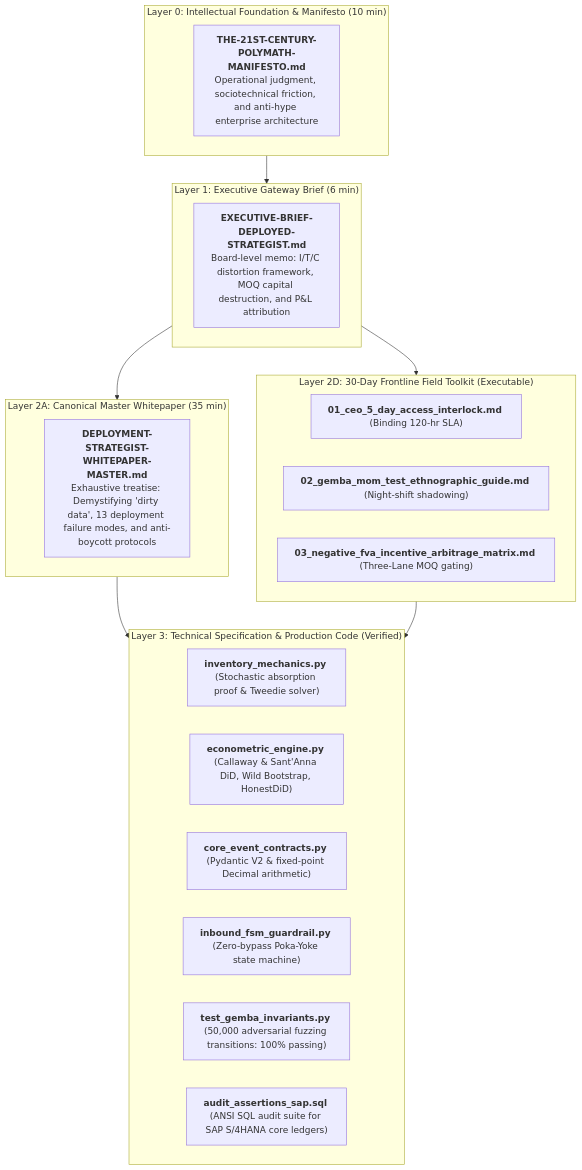
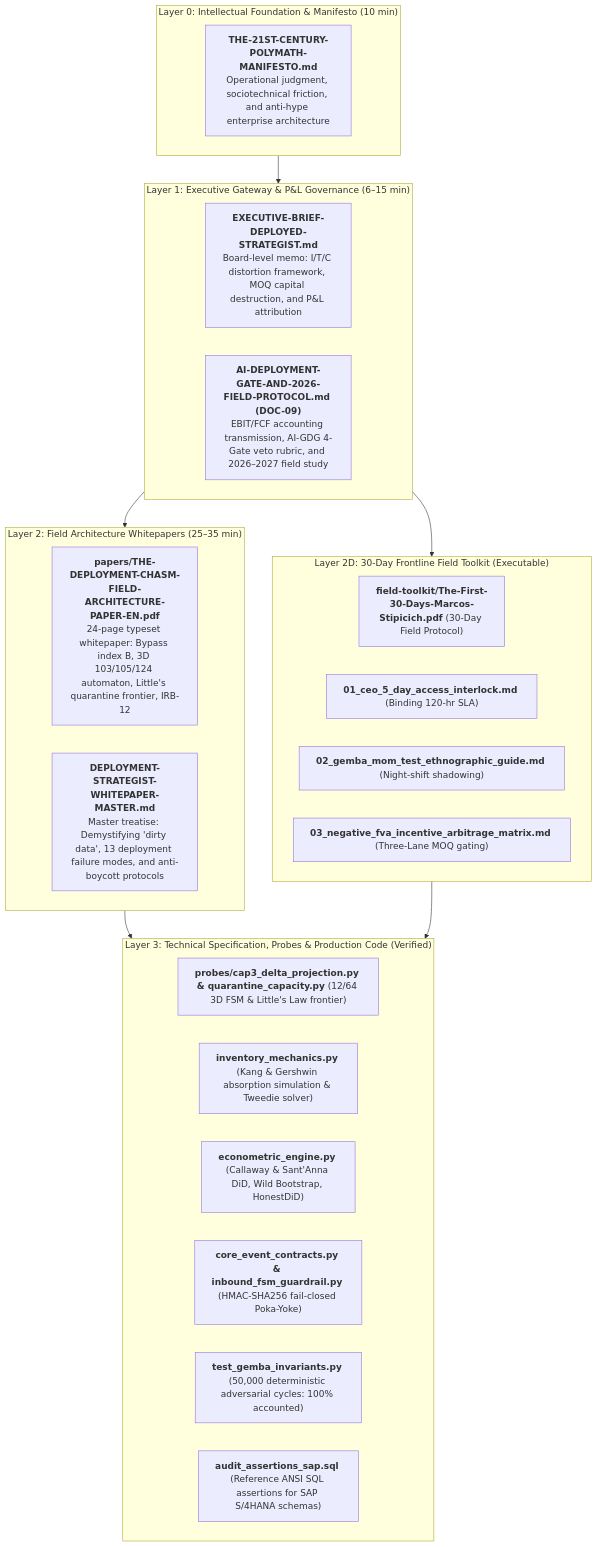
Before and after one commit to esstipi-debug/mellon: the first of 2 diagrams in README.md, drawn with Mermaid. The commit also changed other lines of this file and 19 other files, not shown here.

Commit message:
feat(fds-2.0): harden provenance guardrails, add 3D receipt probes, 24p whitepaper & AI-GDG protocol

````diff
--- a/README.md
+++ b/README.md
@@ -60,35 +60,38 @@
 ```mermaid
 flowchart TD
     subgraph Layer0["Layer 0: Intellectual Foundation & Manifesto (10 min)"]
         L0["<b>THE-21ST-CENTURY-POLYMATH-MANIFESTO.md</b><br/>Operational judgment, sociotechnical friction, and anti-hype enterprise architecture"]
     end
 
-    subgraph Layer1["Layer 1: Executive Gateway Brief (6 min)"]
+    subgraph Layer1["Layer 1: Executive Gateway & P&L Governance (6–15 min)"]
         L1["<b>EXECUTIVE-BRIEF-DEPLOYED-STRATEGIST.md</b><br/>Board-level memo: I/T/C distortion framework, MOQ capital destruction, and P&L attribution"]
+        L1B["<b>AI-DEPLOYMENT-GATE-AND-2026-FIELD-PROTOCOL.md (DOC-09)</b><br/>EBIT/FCF accounting transmission, AI-GDG 4-Gate veto rubric, and 2026–2027 field study"]
     end
 
-    subgraph Layer2A["Layer 2A: Canonical Master Whitepaper (35 min)"]
-        L2A["<b>DEPLOYMENT-STRATEGIST-WHITEPAPER-MASTER.md</b><br/>Exhaustive treatise: Demystifying 'dirty data', 13 deployment failure modes, and anti-boycott protocols"]
+    subgraph Layer2A["Layer 2: Field Architecture Whitepapers (25–35 min)"]
+        L2P["<b>papers/THE-DEPLOYMENT-CHASM-FIELD-ARCHITECTURE-PAPER-EN.pdf</b><br/>24-page typeset whitepaper: Bypass index B, 3D 103/105/124 automaton, Little's quarantine frontier, IRB-12"]
+        L2A["<b>DEPLOYMENT-STRATEGIST-WHITEPAPER-MASTER.md</b><br/>Master treatise: Demystifying 'dirty data', 13 deployment failure modes, and anti-boycott protocols"]
     end
 
     subgraph Layer2D["Layer 2D: 30-Day Frontline Field Toolkit (Executable)"]
+        L2D0["<b>field-toolkit/The-First-30-Days-Marcos-Stipicich.pdf</b> (30-Day Field Protocol)"]
         L2D1["<b>01_ceo_5_day_access_interlock.md</b> (Binding 120-hr SLA)"]
         L2D2["<b>02_gemba_mom_test_ethnographic_guide.md</b> (Night-shift shadowing)"]
         L2D3["<b>03_negative_fva_incentive_arbitrage_matrix.md</b> (Three-Lane MOQ gating)"]
     end
 
-    subgraph Layer3["Layer 3: Technical Specification & Production Code (Verified)"]
-        C1["<b>inventory_mechanics.py</b> (Stochastic absorption proof & Tweedie solver)"]
+    subgraph Layer3["Layer 3: Technical Specification, Probes & Production Code (Verified)"]
+        C0["<b>probes/cap3_delta_projection.py & quarantine_capacity.py</b> (12/64 3D FSM & Little's Law frontier)"]
+        C1["<b>inventory_mechanics.py</b> (Kang & Gershwin absorption simulation & Tweedie solver)"]
         C2["<b>econometric_engine.py</b> (Callaway & Sant'Anna DiD, Wild Bootstrap, HonestDiD)"]
-        C3["<b>core_event_contracts.py</b> (Pydantic V2 & fixed-point Decimal arithmetic)"]
-        C4["<b>inbound_fsm_guardrail.py</b> (Zero-bypass Poka-Yoke state machine)"]
-        C5["<b>test_gemba_invariants.py</b> (50,000 adversarial fuzzing transitions: 100% passing)"]
-        C6["<b>audit_assertions_sap.sql</b> (ANSI SQL audit suite for SAP S/4HANA core ledgers)"]
+        C3["<b>core_event_contracts.py & inbound_fsm_guardrail.py</b> (HMAC-SHA256 fail-closed Poka-Yoke)"]
+        C5["<b>test_gemba_invariants.py</b> (50,000 deterministic adversarial cycles: 100% accounted)"]
+        C6["<b>audit_assertions_sap.sql</b> (Reference ANSI SQL assertions for SAP S/4HANA schemas)"]
     end
 
     Layer0 --> Layer1
     Layer1 --> Layer2A
     Layer1 --> Layer2D
     Layer2A --> Layer3
     Layer2D --> Layer3
 ```
````
